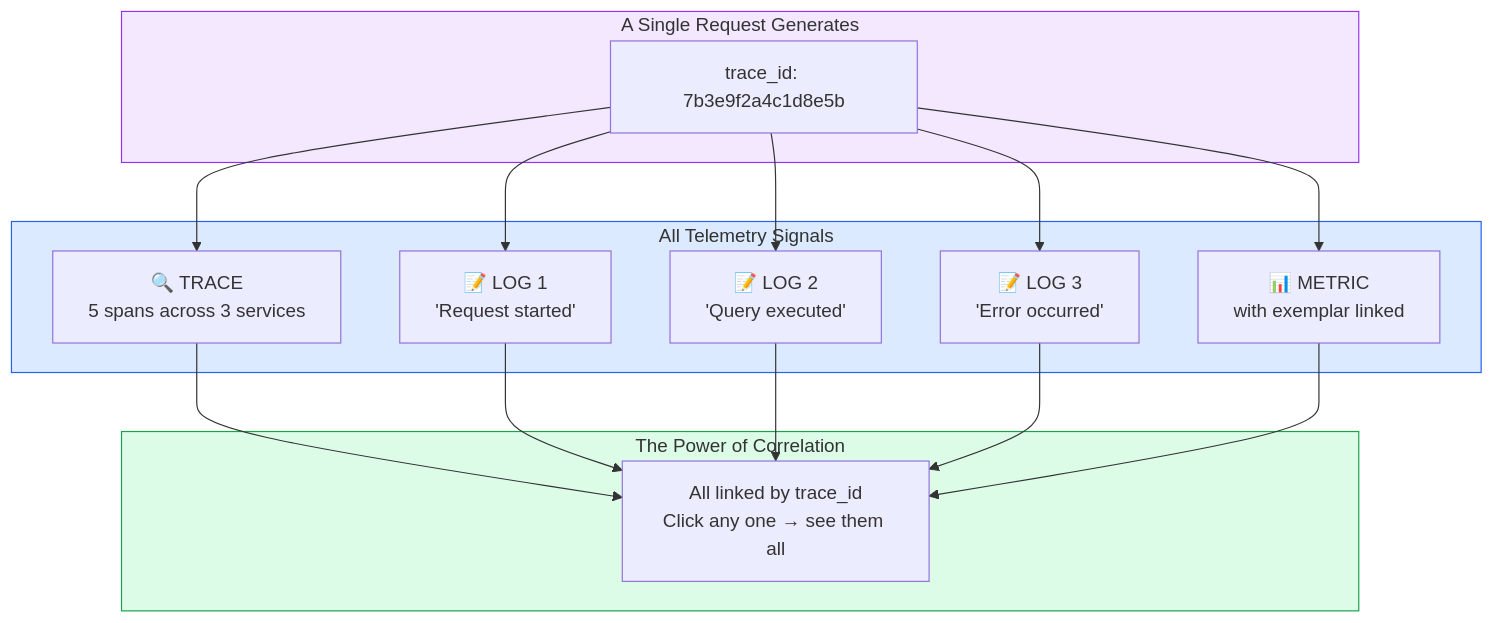
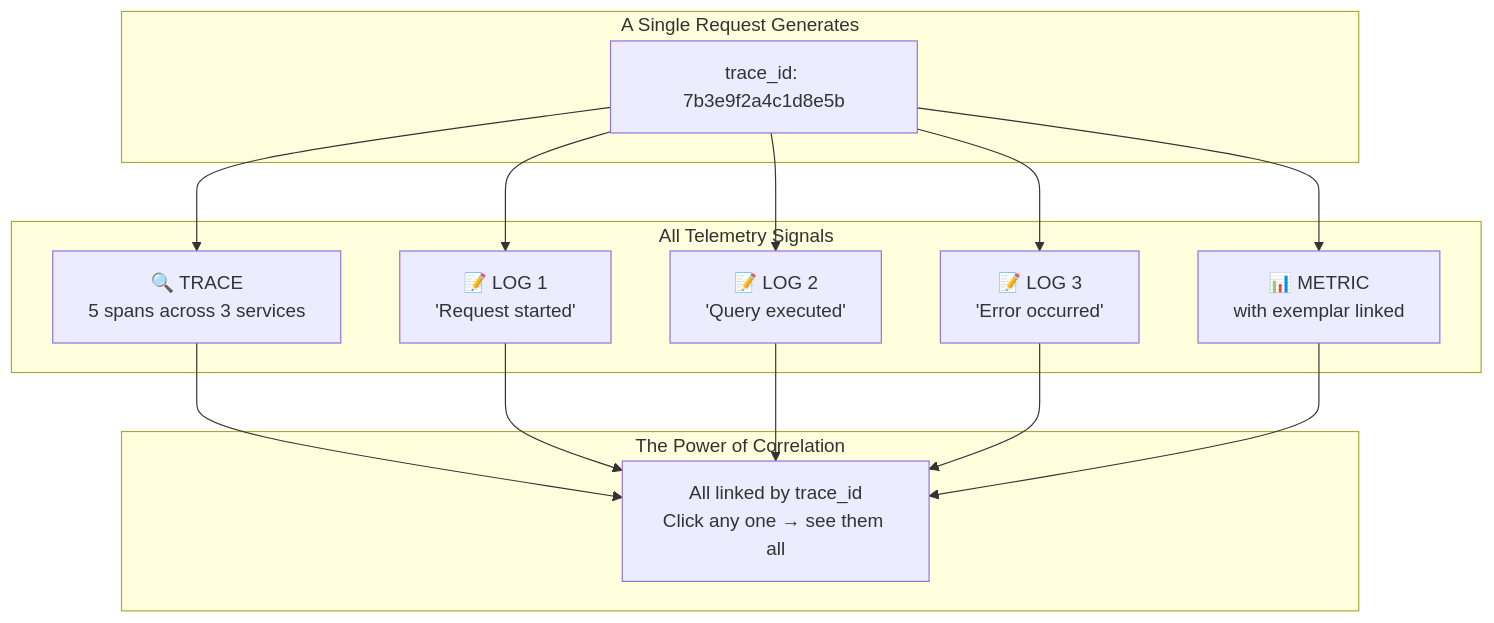
The first of 2 diagrams in docs/observability/three-pillars.md (shivam-g-mishra/blog), drawn with Mermaid before and after one commit. The commit also changed other lines of this file and 23 other files, not shown here.

First line of the commit message:
fix: improve Mermaid diagram visibility in dark mode

````diff
--- a/docs/observability/three-pillars.md
+++ b/docs/observability/three-pillars.md
@@ -237,34 +237,30 @@
 ```mermaid
 flowchart TB
     subgraph request["A Single Request Generates"]
         traceid["trace_id: 7b3e9f2a4c1d8e5b"]
     end
     
     traceid --> trace
     traceid --> log1
     traceid --> log2
     traceid --> log3
     traceid --> metric
     
     subgraph signals["All Telemetry Signals"]
         trace["🔍 TRACE<br/>5 spans across 3 services"]
         log1["📝 LOG 1<br/>'Request started'"]
         log2["📝 LOG 2<br/>'Query executed'"]
         log3["📝 LOG 3<br/>'Error occurred'"]
         metric["📊 METRIC<br/>with exemplar linked"]
     end
     
     subgraph power["The Power of Correlation"]
         link["All linked by trace_id<br/>Click any one → see them all"]
     end
     
     trace --> link
     log1 --> link
     log2 --> link
     log3 --> link
     metric --> link
-    
-    style request fill:#f3e8ff,stroke:#9333ea
-    style signals fill:#dbeafe,stroke:#2563eb
-    style power fill:#dcfce7,stroke:#16a34a
 ```
````
